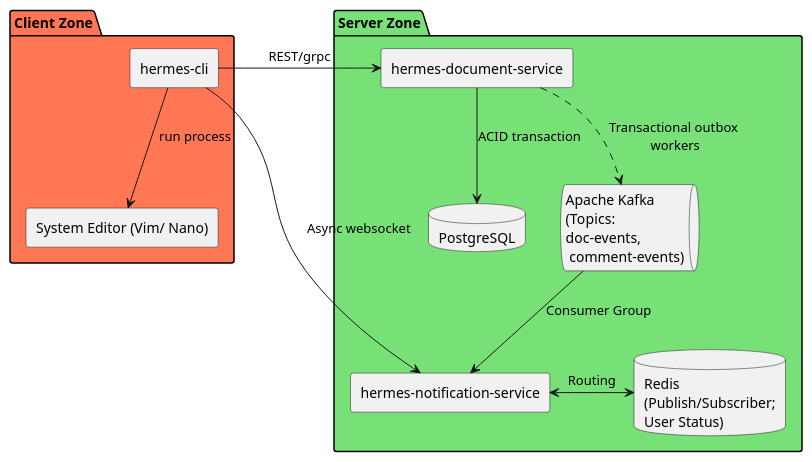
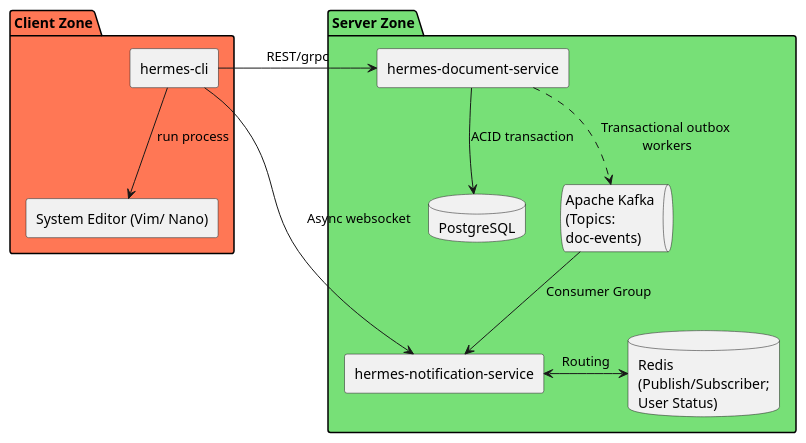
The diagram in arch/arch.puml (ravenclawprog/hermes), drawn with PlantUML before and after one commit. The commit also changed 10 other files, not shown here.

Commit message:
Adding some arch schemas with requirements Also add docs

```diff
--- a/arch/arch.puml
+++ b/arch/arch.puml
@@ -1,33 +1,33 @@
 @startuml HermesBaseArch
 package "Client Zone" #ff7755{
     rectangle "hermes-cli" as CLI {
     
     }
     rectangle "System Editor (Vim/ Nano)" as SE{
     
     }
 }
 
 
 package "Server Zone" #77e077{
     rectangle "hermes-document-service" as HDS {
     
     }
     rectangle "hermes-notification-service" as HNS {
     
     }
     database "PostgreSQL" as PSQL 
-    queue "Apache Kafka \n(Topics:\ndoc-events,\n comment-events)" as AK 
+    queue "Apache Kafka \n(Topics:\ndoc-events)" as AK
     database "Redis \n(Publish/Subscriber;\nUser Status)" as RED 
 
 }
 
 CLI -down-> SE:run process
 CLI -> HDS:REST/grpc
 CLI -> HNS:Async websocket
 
 HDS -down-> PSQL:ACID transaction
 HDS -down.> AK:Transactional outbox\n workers
 AK -down-> HNS:Consumer Group
 HNS  <-right-> RED:Routing
 @enduml
```
